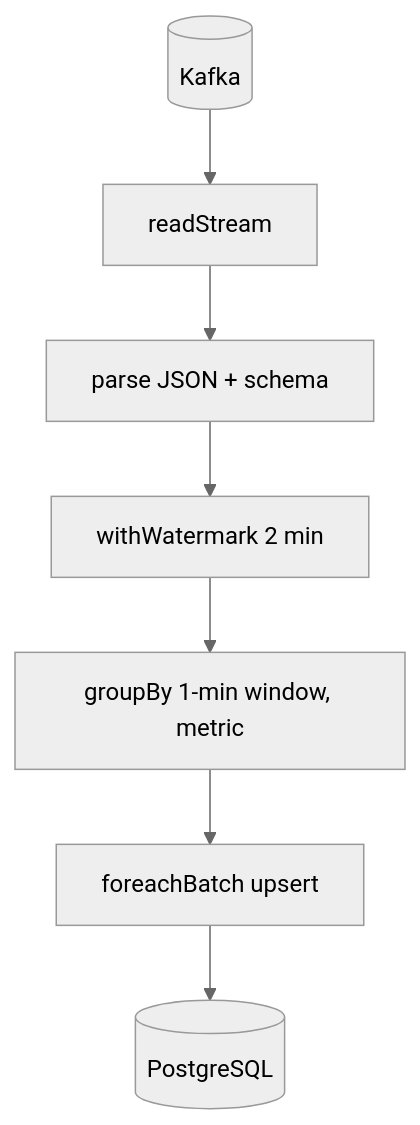
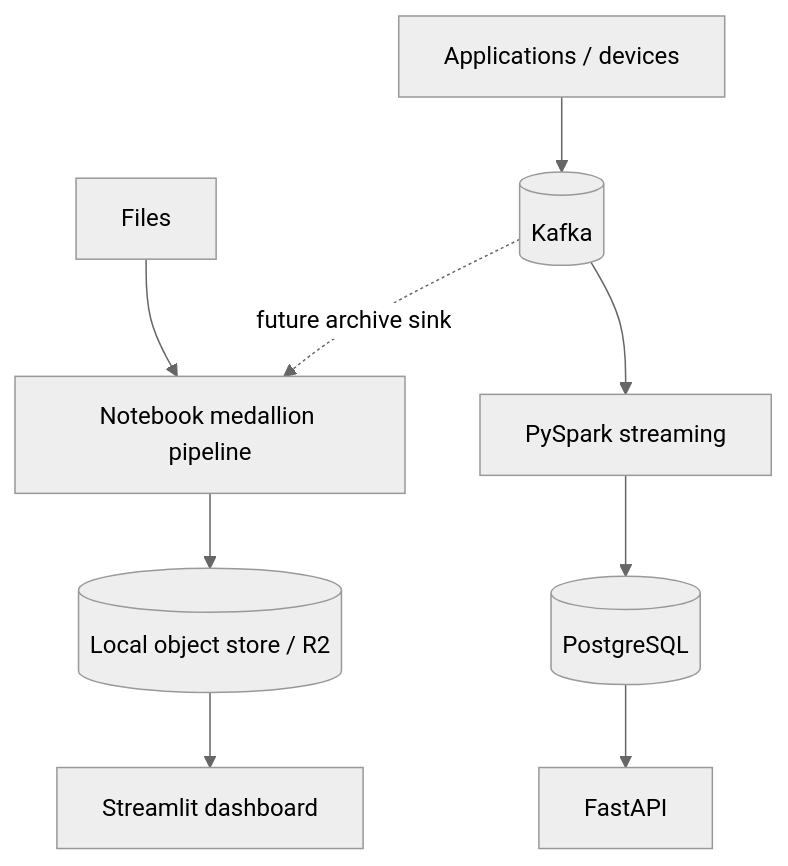
The first of 2 diagrams in docs/architecture.md (iiitbCarbon/InsightsStream-), drawn with Mermaid (neutral theme) before and after one commit. The commit also changed other lines of this file and 18 other files, not shown here.

Commit message:
Add PySpark medallion lakehouse workflow

````diff
--- a/docs/architecture.md
+++ b/docs/architecture.md
@@ -22,9 +14,11 @@
 ```mermaid
 flowchart TB
-    K[(Kafka)] --> R[readStream]
-    R --> P[parse JSON + schema]
-    P --> W[withWatermark 2 min]
-    W --> G[groupBy 1-min window, metric]
-    G --> U[foreachBatch upsert]
-    U --> DB[(PostgreSQL)]
+    FS[Files] --> MED[Notebook medallion pipeline]
+    APP[Applications / devices] --> K[(Kafka)]
+    K --> STREAM[PySpark streaming]
+    K -. future archive sink .-> MED
+    MED --> OBJ[(Local object store / R2)]
+    STREAM --> PG[(PostgreSQL)]
+    OBJ --> SD[Streamlit dashboard]
+    PG --> API[FastAPI]
 ```
````
